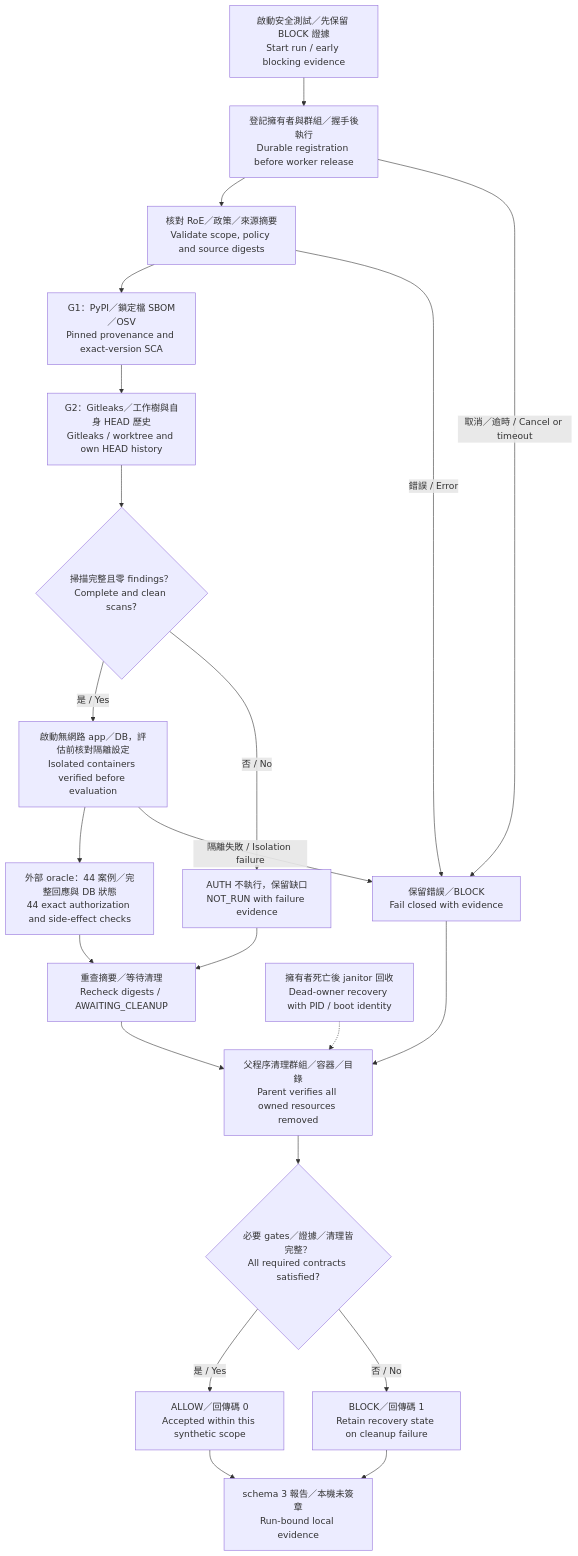
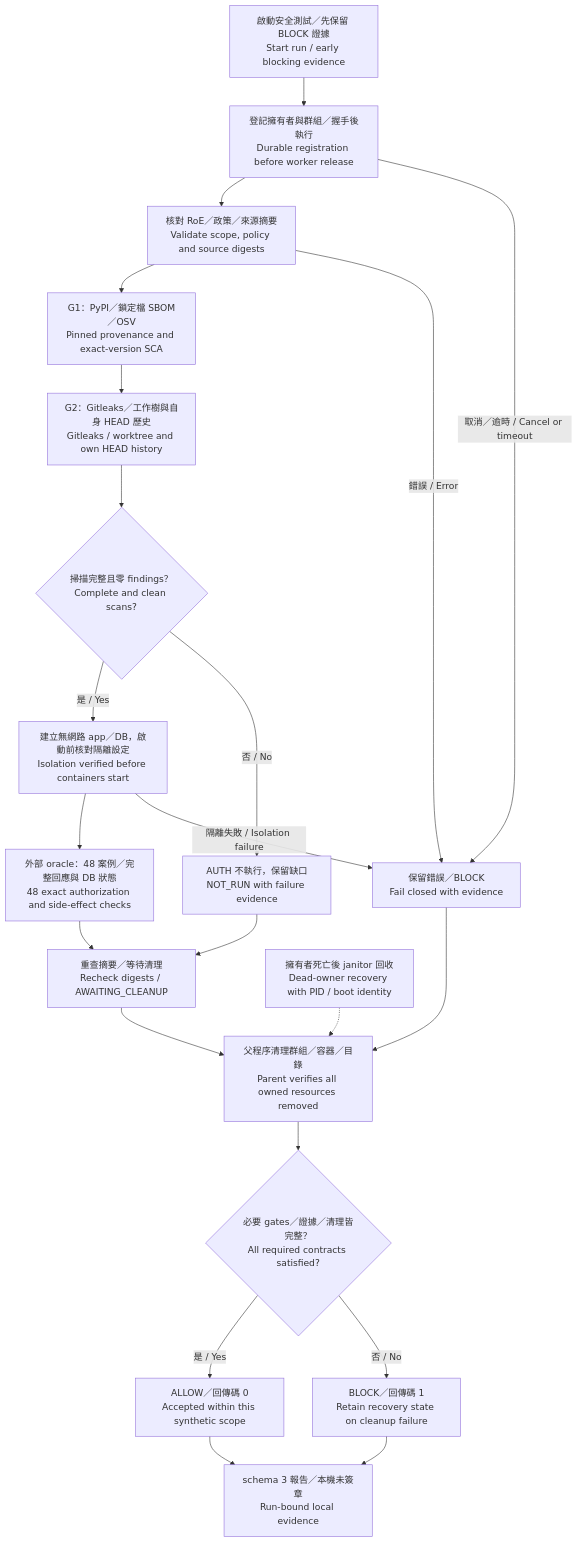
Before and after one commit to chinchiang/MultiAgentEpsilon: the diagram in docs/diagrams/security-flow.mmd, drawn with Mermaid. The commit also changed 20 other files, not shown here.

```diff
--- a/docs/diagrams/security-flow.mmd
+++ b/docs/diagrams/security-flow.mmd
@@ -1,22 +1,22 @@
 flowchart TB
     Start["啟動安全測試／先保留 BLOCK 證據<br/>Start run / early blocking evidence"] --> Parent["登記擁有者與群組／握手後執行<br/>Durable registration before worker release"]
     Parent --> Config["核對 RoE／政策／來源摘要<br/>Validate scope, policy and source digests"]
     Config --> G1["G1：PyPI／鎖定檔 SBOM／OSV<br/>Pinned provenance and exact-version SCA"]
     G1 --> G2["G2：Gitleaks／工作樹與自身 HEAD 歷史<br/>Gitleaks / worktree and own HEAD history"]
     G2 --> Ready{"掃描完整且零 findings？<br/>Complete and clean scans?"}
-    Ready -->|"是 / Yes"| Runtime["啟動無網路 app／DB，評估前核對隔離設定<br/>Isolated containers verified before evaluation"]
+    Ready -->|"是 / Yes"| Runtime["建立無網路 app／DB，啟動前核對隔離設定<br/>Isolation verified before containers start"]
     Ready -->|"否 / No"| Skip["AUTH 不執行，保留缺口<br/>NOT_RUN with failure evidence"]
-    Runtime --> Auth["外部 oracle：44 案例／完整回應與 DB 狀態<br/>44 exact authorization and side-effect checks"]
+    Runtime --> Auth["外部 oracle：48 案例／完整回應與 DB 狀態<br/>48 exact authorization and side-effect checks"]
     Auth --> Pending["重查摘要／等待清理<br/>Recheck digests / AWAITING_CLEANUP"]
     Skip --> Pending
     Config -->|"錯誤 / Error"| Error["保留錯誤／BLOCK<br/>Fail closed with evidence"]
     Runtime -->|"隔離失敗 / Isolation failure"| Error
     Parent -->|"取消／逾時 / Cancel or timeout"| Error
     Pending --> Cleanup["父程序清理群組／容器／目錄<br/>Parent verifies all owned resources removed"]
     Error --> Cleanup
     Recovery["擁有者死亡後 janitor 回收<br/>Dead-owner recovery with PID / boot identity"] -.-> Cleanup
     Cleanup --> Eligible{"必要 gates／證據／清理皆完整？<br/>All required contracts satisfied?"}
     Eligible -->|"是 / Yes"| Allow["ALLOW／回傳碼 0<br/>Accepted within this synthetic scope"]
     Eligible -->|"否 / No"| Block["BLOCK／回傳碼 1<br/>Retain recovery state on cleanup failure"]
     Allow --> Report["schema 3 報告／本機未簽章<br/>Run-bound local evidence"]
     Block --> Report
```
